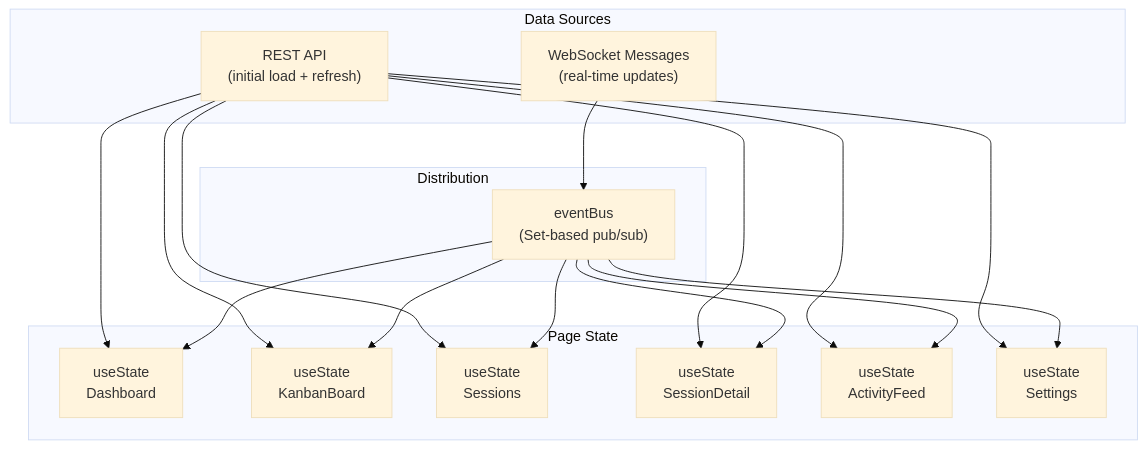
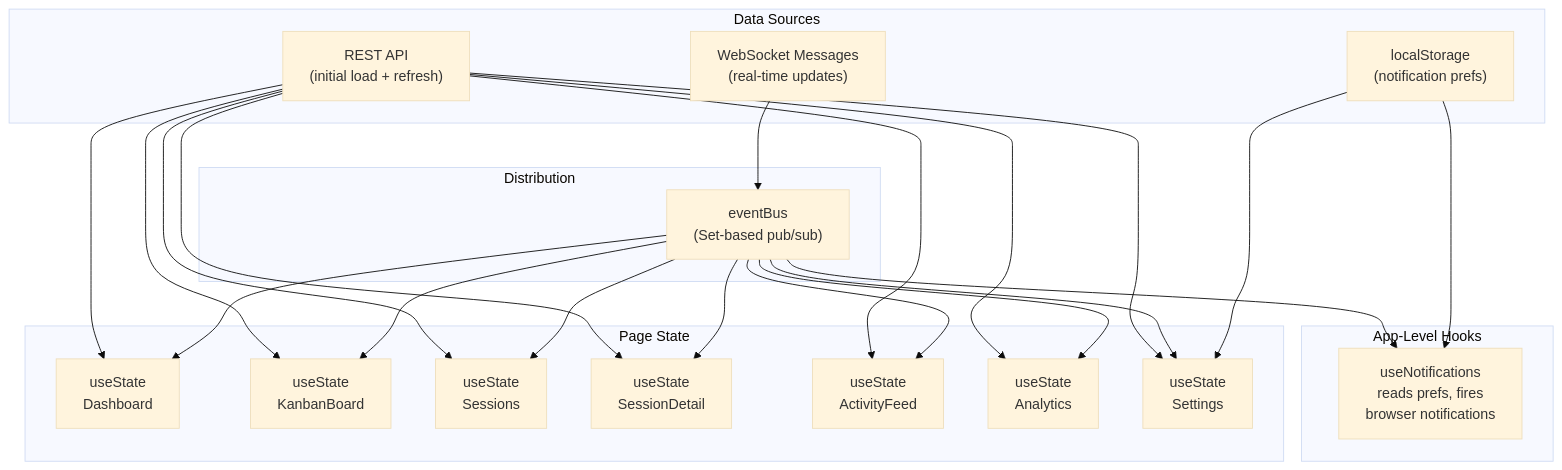
One commit to mirkanu/gsd-dashboard changed diagram 15 of 21 in ARCHITECTURE.md. Above: the diagram before and after it, drawn with Mermaid (base theme). The commit also changed other lines of this file and 1 other file, not shown here.

First line of the commit message:
docs: add notifications coverage, ToC, and missing features to README and ARCHITECTURE

````diff
--- a/ARCHITECTURE.md
+++ b/ARCHITECTURE.md
@@ -645,24 +657,33 @@
 ```mermaid
 graph TD
     subgraph "Data Sources"
         REST["REST API<br/>(initial load + refresh)"]
         WSM["WebSocket Messages<br/>(real-time updates)"]
+        LS["localStorage<br/>(notification prefs)"]
     end
 
     subgraph "Distribution"
         EB["eventBus<br/>(Set-based pub/sub)"]
+    end
+
+    subgraph "App-Level Hooks"
+        NOTIF_H["useNotifications<br/>reads prefs, fires<br/>browser notifications"]
     end
 
     subgraph "Page State"
         US1["useState<br/>Dashboard"]
         US2["useState<br/>KanbanBoard"]
         US3["useState<br/>Sessions"]
         US4["useState<br/>SessionDetail"]
         US5["useState<br/>ActivityFeed"]
+        US6["useState<br/>Analytics"]
         US7["useState<br/>Settings"]
     end
 
-    REST --> US1 & US2 & US3 & US4 & US5 & US7
+    REST --> US1 & US2 & US3 & US4 & US5 & US6 & US7
     WSM --> EB
-    EB --> US1 & US2 & US3 & US4 & US5 & US7
+    EB --> US1 & US2 & US3 & US4 & US5 & US6 & US7
+    EB --> NOTIF_H
+    LS --> NOTIF_H
+    LS --> US7
 ```
````
